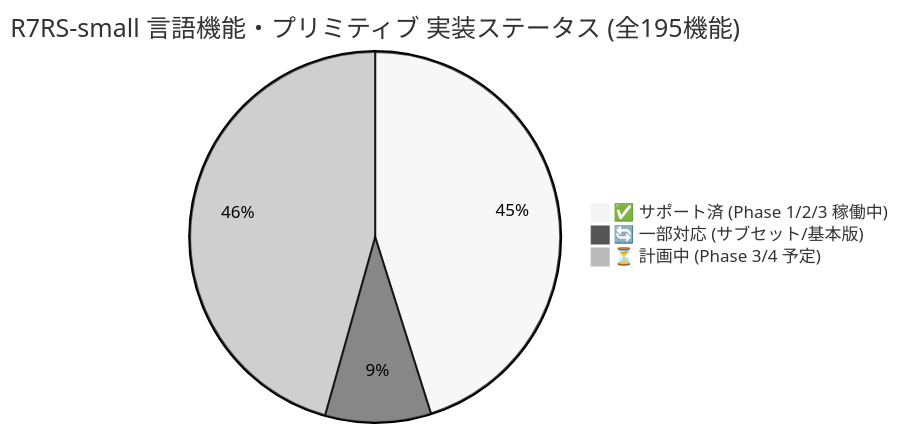
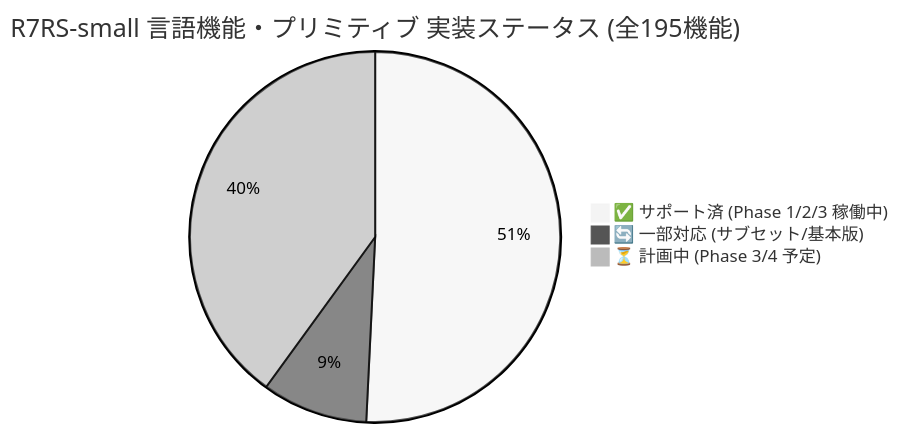
One commit to rokujyouhitoma/arxiv-security-papers changed the first of 3 diagrams in ilisp/docs/SPEC_R7RS.md. Above: the diagram before and after it, drawn with Mermaid (neutral theme). The commit also changed other lines of this file, not shown here.

Commit message:
docs(ilisp): update overall compliance ratio and bytevectors status in SPEC_R7RS.md

````diff
--- a/ilisp/docs/SPEC_R7RS.md
+++ b/ilisp/docs/SPEC_R7RS.md
@@ -17,6 +17,6 @@
 ```mermaid
 pie title R7RS-small 言語機能・プリミティブ 実装ステータス (全195機能)
-    "✅ サポート済 (Phase 1/2/3 稼働中)" : 88
+    "✅ サポート済 (Phase 1/2/3 稼働中)" : 99
     "🔄 一部対応 (サブセット/基本版)" : 18
-    "⏳ 計画中 (Phase 3/4 予定)" : 89
+    "⏳ 計画中 (Phase 3/4 予定)" : 78
 ```
````
